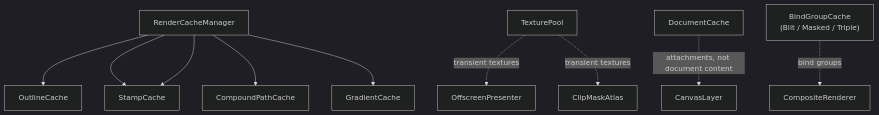
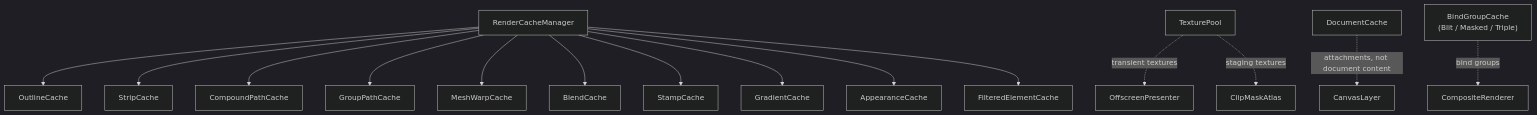
The diagram in pkgs/web/src/app/devdocs/renderer/caches/page.mdx (hanakla/paplico), drawn with Mermaid (dark theme) before and after one commit. The commit also changed other lines of this file and 37 other files, not shown here.

````diff
--- a/pkgs/web/src/app/devdocs/renderer/caches/page.mdx
+++ b/pkgs/web/src/app/devdocs/renderer/caches/page.mdx
@@ -16,12 +16,17 @@
 ```mermaid
 graph TD
     RCM[RenderCacheManager] --> OC[OutlineCache]
     RCM --> STC[StripCache]
     RCM --> CPC[CompoundPathCache]
-    RCM --> STC[StampCache]
+    RCM --> GPC[GroupPathCache]
+    RCM --> MWC[MeshWarpCache]
+    RCM --> BLC[BlendCache]
+    RCM --> STM[StampCache]
     RCM --> GRC[GradientCache]
+    RCM --> APC[AppearanceCache]
+    RCM --> FEC[FilteredElementCache]
     TP[TexturePool] -.->|"transient textures"| OP[OffscreenPresenter]
-    TP -.->|"transient textures"| CMA[ClipMaskAtlas]
+    TP -.->|"staging textures"| CMA[ClipMaskAtlas]
     DC[DocumentCache] -.->|"attachments, not document content"| CL[CanvasLayer]
     BGC["BindGroupCache\n(Blit / Masked / Triple)"] -.->|"bind groups"| CR[CompositeRenderer]
 ```
````
